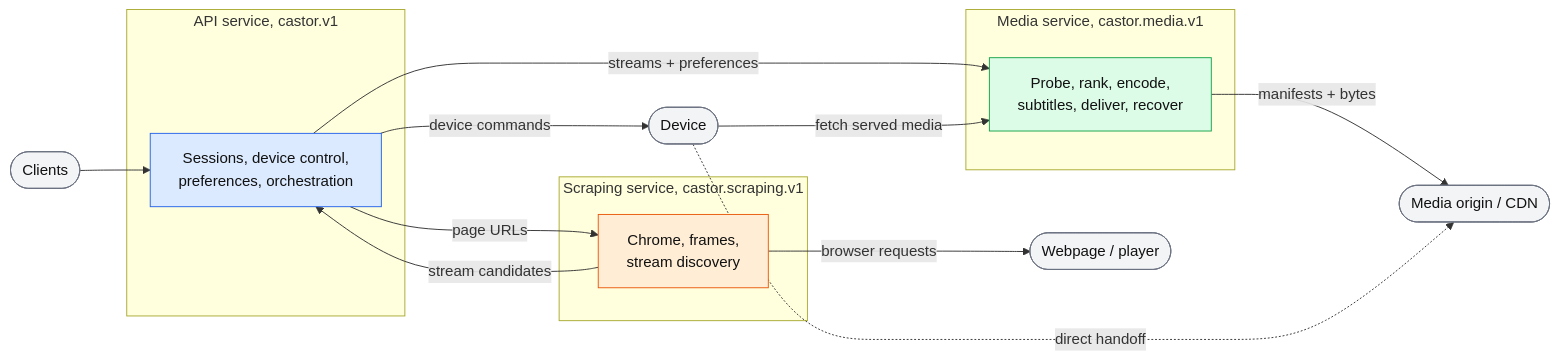
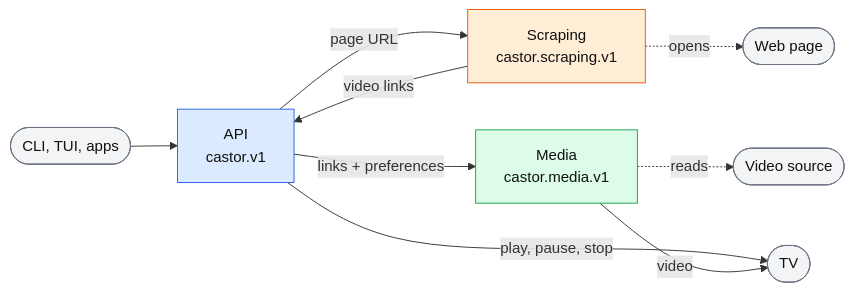
The first of 4 diagrams in ARCHITECTURE.md (stupside/castor), drawn with Mermaid before and after one commit. The commit also changed other lines of this file, not shown here.

Commit message:
docs(architecture): update the architecture documentation

````diff
--- a/ARCHITECTURE.md
+++ b/ARCHITECTURE.md
@@ -7,33 +7,19 @@
 ```mermaid
 flowchart LR
-    client([Clients])
-    web([Webpage / player])
-    origin([Media origin / CDN])
-    device([Device])
-    subgraph apiS["API service, castor.v1"]
-        api["Sessions, device control,<br/>preferences, orchestration"]
-    end
-    subgraph scrapeS["Scraping service, castor.scraping.v1"]
-        scraping["Chrome, frames,<br/>stream discovery"]
-    end
-    subgraph mediaS["Media service, castor.media.v1"]
-        media["Probe, rank, encode,<br/>subtitles, deliver, recover"]
-    end
-    client --> api
-    api -- page URLs --> scraping
-    scraping -- stream candidates --> api
-    scraping -- browser requests --> web
-    api -- streams + preferences --> media
-    api -- device commands --> device
-    media -- manifests + bytes --> origin
-    device -- fetch served media --> media
-    device -. direct handoff .-> origin
+    client([CLI, TUI, apps]) --> api["API<br/>castor.v1"]
+    api -- page URL --> scraping["Scraping<br/>castor.scraping.v1"]
+    scraping -- video links --> api
+    scraping -. opens .-> web([Web page])
+    api -- links + preferences --> media["Media<br/>castor.media.v1"]
+    media -. reads .-> origin([Video source])
+    api -- play, pause, stop --> device([TV])
+    media -- video --> device
     classDef apiNode fill:#dbeafe,stroke:#2563eb,color:#111
     classDef mediaNode fill:#dcfce7,stroke:#16a34a,color:#111
     classDef scrapeNode fill:#ffedd5,stroke:#ea580c,color:#111
     classDef outside fill:#f3f4f6,stroke:#6b7280,color:#111
     class api apiNode
     class media mediaNode
     class scraping scrapeNode
     class client,web,origin,device outside
 ```
````
